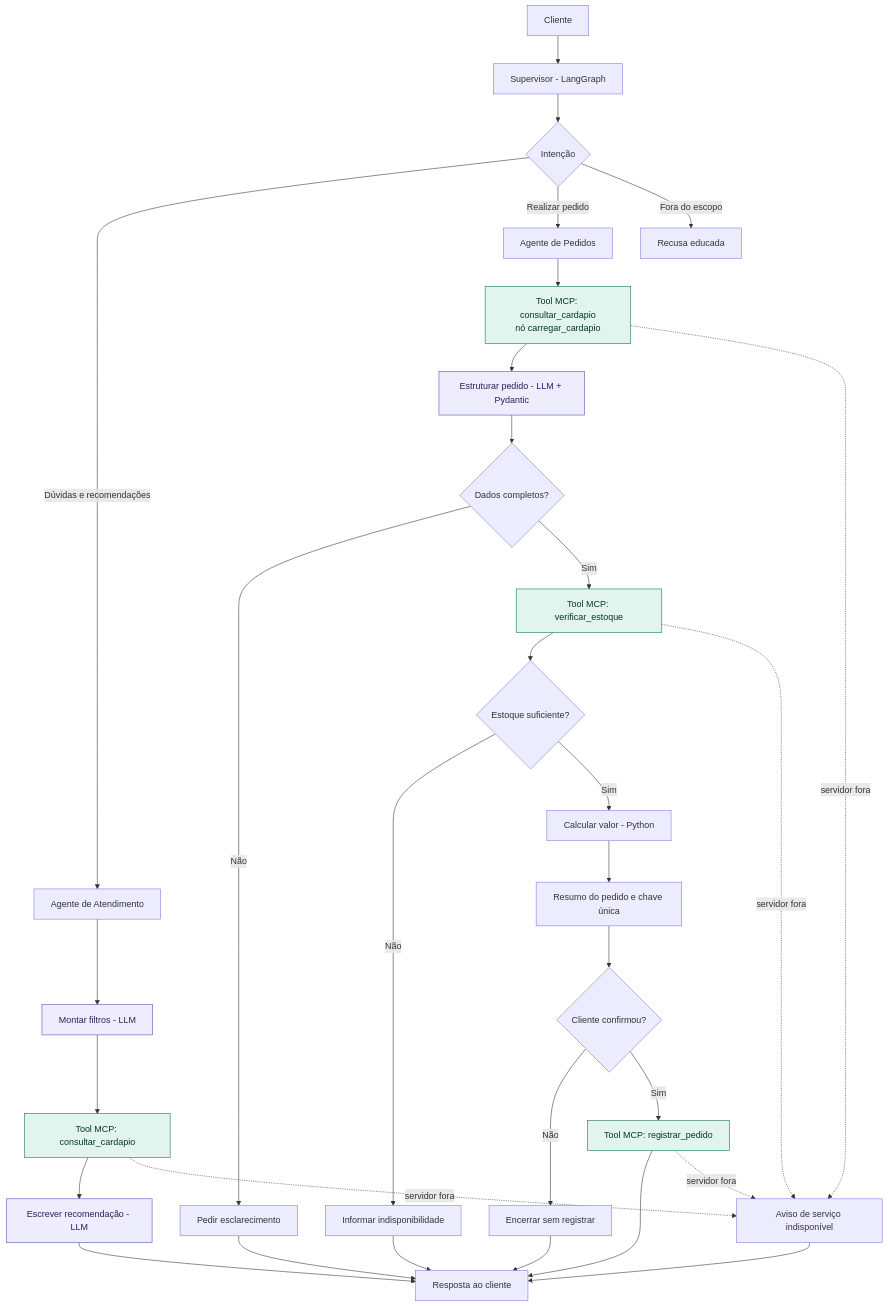
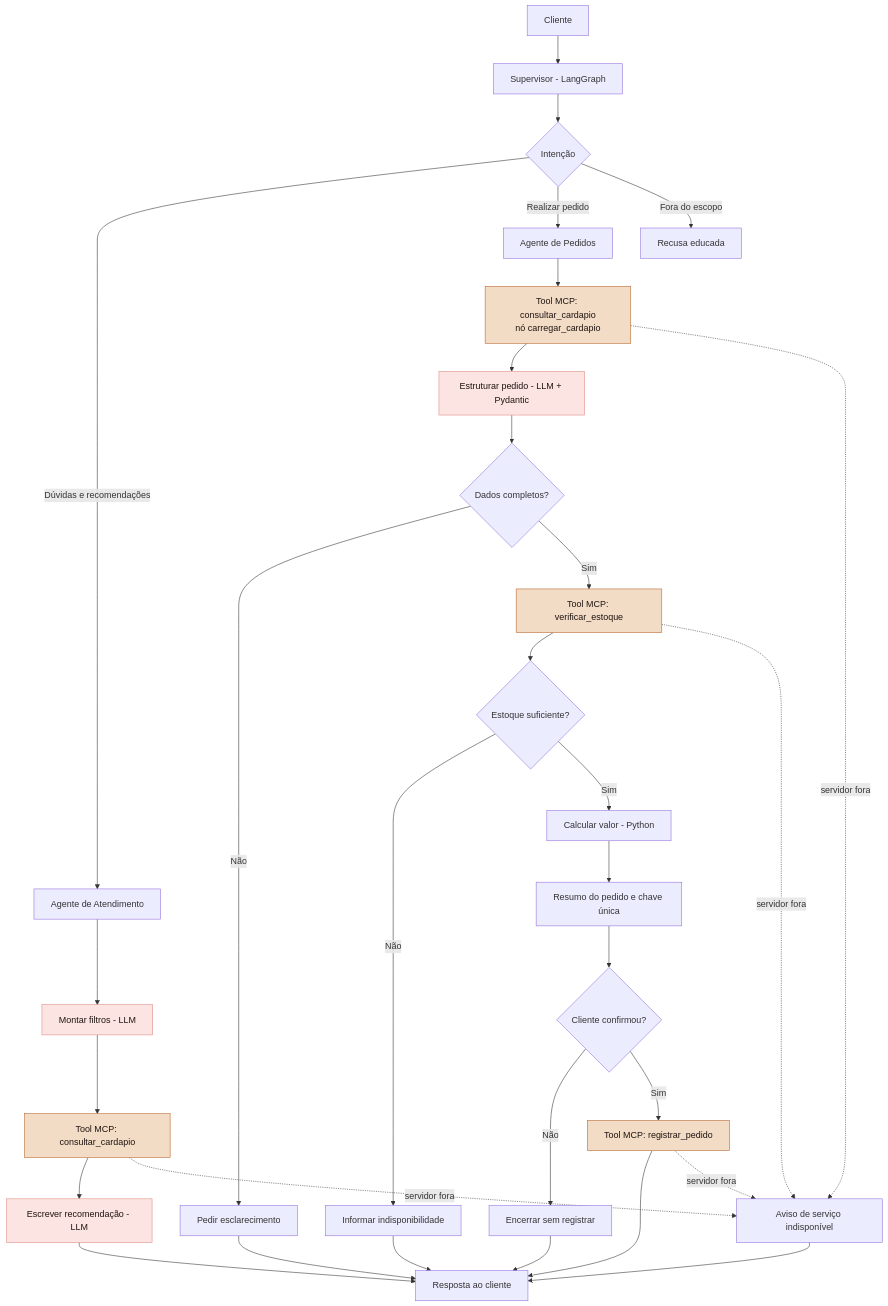
One commit to camimcl/Cafeter.IA changed the second of 2 diagrams in README.md. Above: the diagram before and after it, drawn with Mermaid. The commit also changed other lines of this file and 31 other files, not shown here.

````diff
--- a/README.md
+++ b/README.md
@@ -50,42 +84,42 @@
 ```mermaid
 flowchart TD
     A["Cliente"] --> B["Supervisor - LangGraph"]
     B --> C{"Intenção"}
 
     C -->|"Dúvidas e recomendações"| D["Agente de Atendimento"]
     C -->|"Realizar pedido"| E["Agente de Pedidos"]
     C -->|"Fora do escopo"| Z["Recusa educada"]
 
     D --> D1["Montar filtros - LLM"]
     D1 --> D2["Tool MCP: consultar_cardapio"]
     D2 --> D3["Escrever recomendação - LLM"]
     D3 --> L["Resposta ao cliente"]
 
     E --> E1["Tool MCP: consultar_cardapio<br/>nó carregar_cardapio"]
     E1 --> E2["Estruturar pedido - LLM + Pydantic"]
     E2 --> E3{"Dados completos?"}
     E3 -->|"Não"| Q["Pedir esclarecimento"]
     Q --> L
     E3 -->|"Sim"| E4["Tool MCP: verificar_estoque"]
     E4 --> E5{"Estoque suficiente?"}
     E5 -->|"Não"| K["Informar indisponibilidade"]
     K --> L
     E5 -->|"Sim"| E6["Calcular valor - Python"]
     E6 --> E7["Resumo do pedido e chave única"]
     E7 --> E8{"Cliente confirmou?"}
     E8 -->|"Não"| O["Encerrar sem registrar"]
     O --> L
     E8 -->|"Sim"| E9["Tool MCP: registrar_pedido"]
     E9 --> L
 
     D2 -.->|"servidor fora"| X["Aviso de serviço indisponível"]
     E1 -.->|"servidor fora"| X
     E4 -.->|"servidor fora"| X
     E9 -.->|"servidor fora"| X
     X --> L
 
-    classDef mcp fill:#E1F5EE,stroke:#0F6E56,color:#04342C,stroke-width:1px
-    classDef llm fill:#EEEDFE,stroke:#534AB7,color:#26215C,stroke-width:1px
+    classDef mcp fill:#F2DCC6,stroke:#B8652E,color:#1F1410,stroke-width:1px
+    classDef llm fill:#FBE4E1,stroke:#E08A83,color:#1F1410,stroke-width:1px
     class D2,E1,E4,E9 mcp
     class D1,D3,E2 llm
 ```
````
